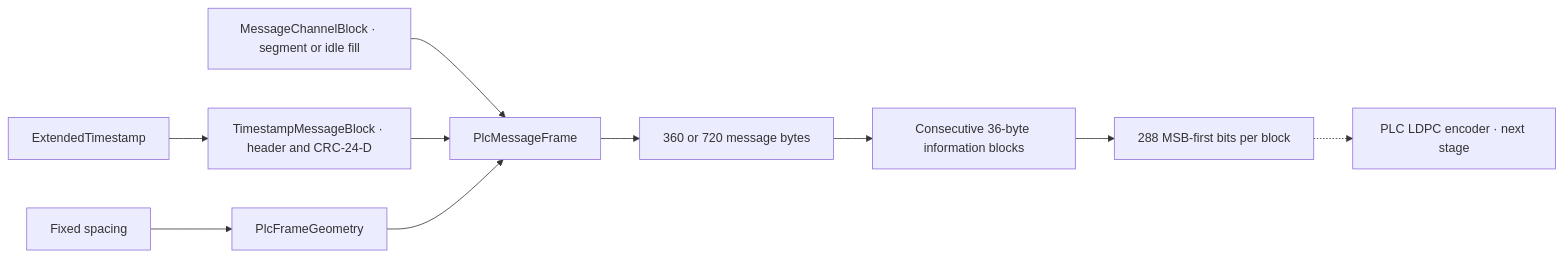
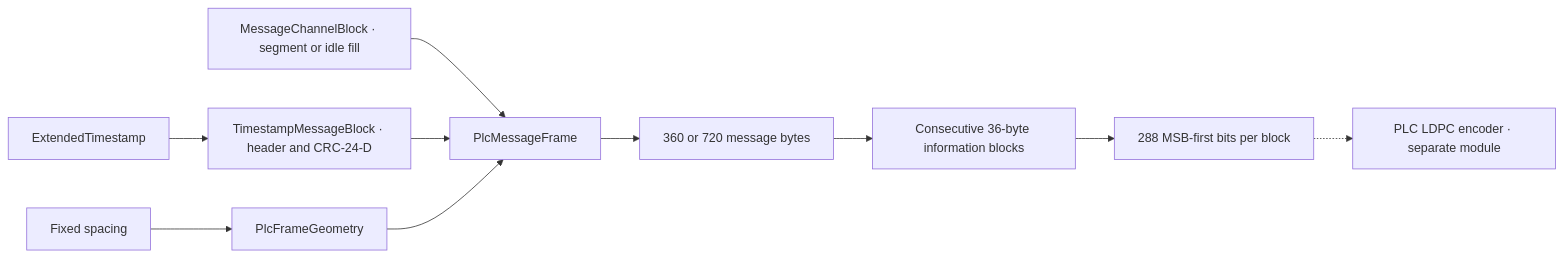
One commit to mgarcia01752/merlin changed the diagram in docs/user/plc-messages.md. Above: the diagram before and after it, drawn with Mermaid. The commit also changed other lines of this file and 25 other files, not shown here.

````diff
--- a/docs/user/plc-messages.md
+++ b/docs/user/plc-messages.md
@@ -17,12 +18,12 @@
 ```mermaid
 flowchart LR
     SETTINGS["Fixed spacing"] --> GEOMETRY["PlcFrameGeometry"]
     TIME["ExtendedTimestamp"] --> TS["TimestampMessageBlock · header and CRC-24-D"]
     CHANNEL["MessageChannelBlock · segment or idle fill"] --> FRAME["PlcMessageFrame"]
     TS --> FRAME
     GEOMETRY --> FRAME
     FRAME --> BYTES["360 or 720 message bytes"]
     BYTES --> BLOCKS["Consecutive 36-byte information blocks"]
     BLOCKS --> BITS["288 MSB-first bits per block"]
-    BITS -.-> FEC["PLC LDPC encoder · next stage"]
+    BITS -.-> FEC["PLC LDPC encoder · separate module"]
 ```
````
